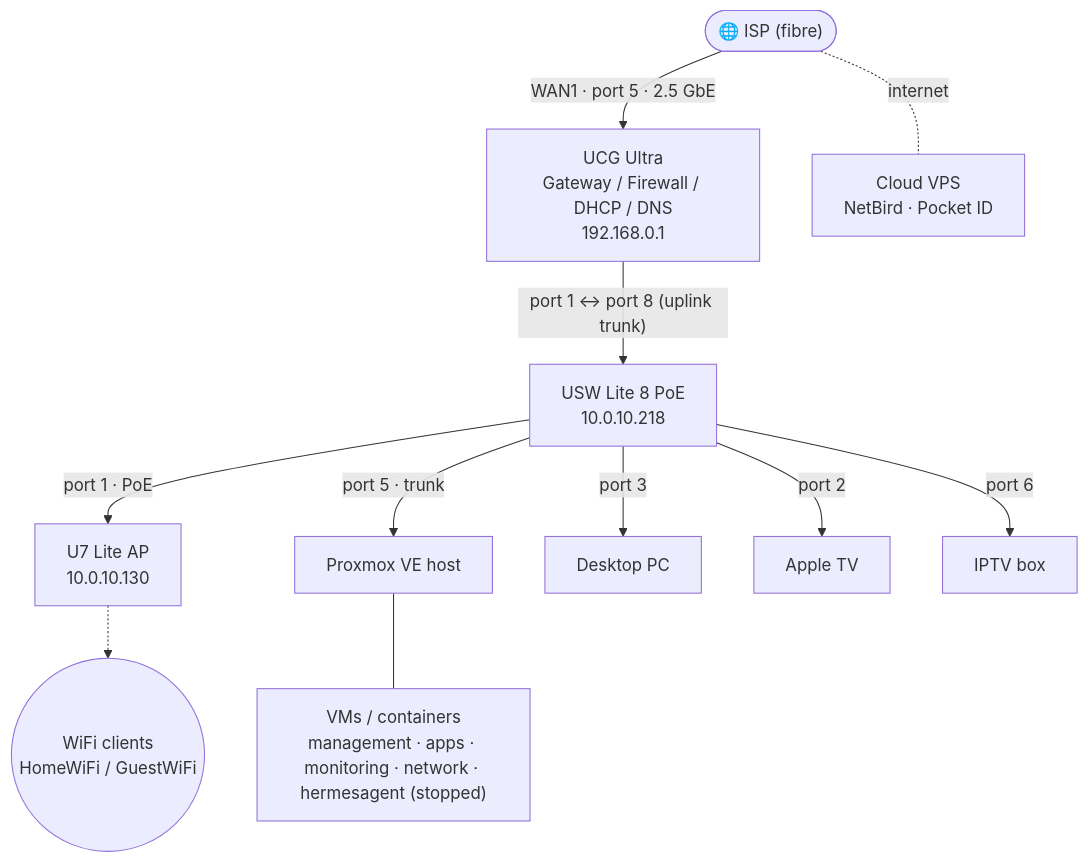
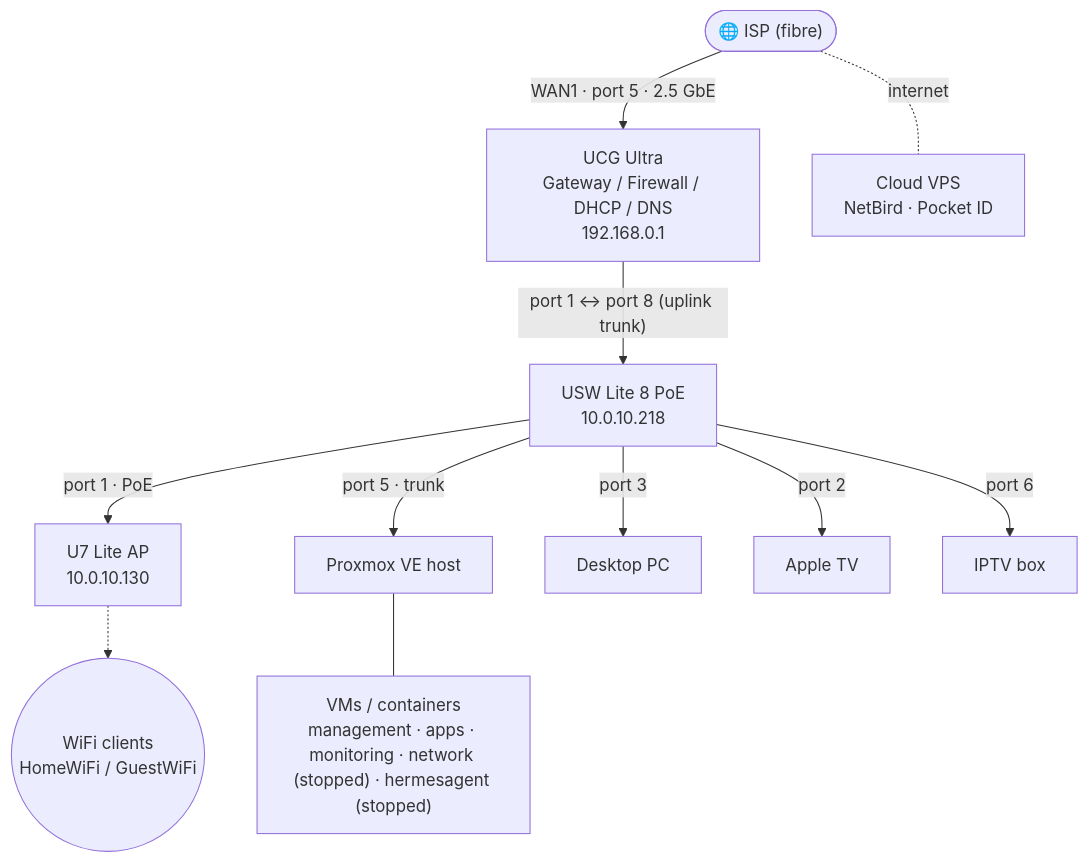
One commit to shaaz-f/home-server changed the first of 2 diagrams in README.md. Above: the diagram before and after it, drawn with Mermaid. The commit also changed other lines of this file and 6 other files, not shown here.

````diff
--- a/README.md
+++ b/README.md
@@ -27,25 +27,25 @@
 ```mermaid
 flowchart TD
     ISP(["🌐 ISP (fibre)"])
     GW["UCG Ultra<br/>Gateway / Firewall / DHCP / DNS<br/>192.168.0.1"]
     SW["USW Lite 8 PoE<br/>10.0.10.218"]
     AP["U7 Lite AP<br/>10.0.10.130"]
     PVE["Proxmox VE host"]
     PC["Desktop PC"]
     ATV["Apple TV"]
     OTV["IPTV box"]
     WIFI(("WiFi clients<br/>HomeWiFi / GuestWiFi"))
-    VMS["VMs / containers<br/>management · apps · monitoring · network · hermesagent (stopped)"]
+    VMS["VMs / containers<br/>management · apps · monitoring · network (stopped) · hermesagent (stopped)"]
     CLOUD["Cloud VPS<br/>NetBird · Pocket ID"]
 
     ISP -- "WAN1 · port 5 · 2.5 GbE" --> GW
     GW -- "port 1 ↔ port 8 (uplink trunk)" --> SW
     SW -- "port 1 · PoE" --> AP
     SW -- "port 2" --> ATV
     SW -- "port 3" --> PC
     SW -- "port 5 · trunk" --> PVE
     SW -- "port 6" --> OTV
     AP -.-> WIFI
     PVE --- VMS
     ISP -. "internet" .- CLOUD
 ```
````
